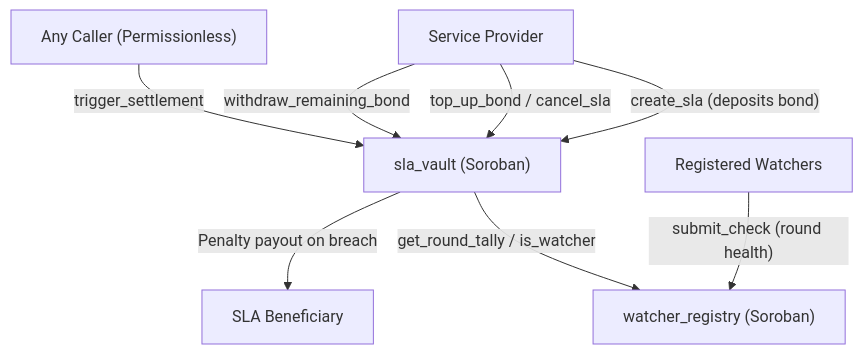
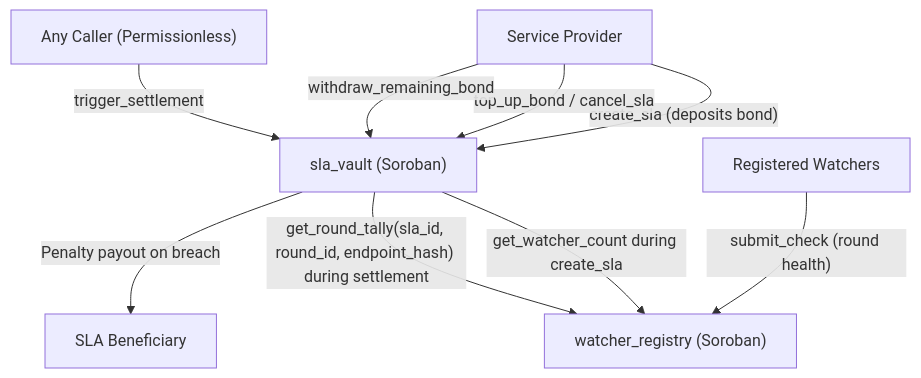
The diagram in README.md (SLASettleHQ/slasettle-vault), drawn with Mermaid before and after one commit. The commit also changed other lines of this file and 4 other files, not shown here.

Commit message:
docs: complete Vault architecture and operations guidance

````diff
--- a/README.md
+++ b/README.md
@@ -94,11 +94,12 @@
 ```mermaid
 flowchart TD
     Provider["Service Provider"] -->|"create_sla (deposits bond)"| SLAVault["sla_vault (Soroban)"]
     Provider -->|"top_up_bond / cancel_sla"| SLAVault
     Watchers["Registered Watchers"] -->|"submit_check (round health)"| WatcherRegistry["watcher_registry (Soroban)"]
-    SLAVault -->|"get_round_tally / is_watcher"| WatcherRegistry
+    SLAVault -->|"get_watcher_count during create_sla"| WatcherRegistry
+    SLAVault -->|"get_round_tally(sla_id, round_id, endpoint_hash) during settlement"| WatcherRegistry
     Beneficiary["SLA Beneficiary"]
     Caller["Any Caller (Permissionless)"] -->|"trigger_settlement"| SLAVault
     SLAVault -->|"Penalty payout on breach"| Beneficiary
     Provider -->|"withdraw_remaining_bond"| SLAVault
 ```
````
